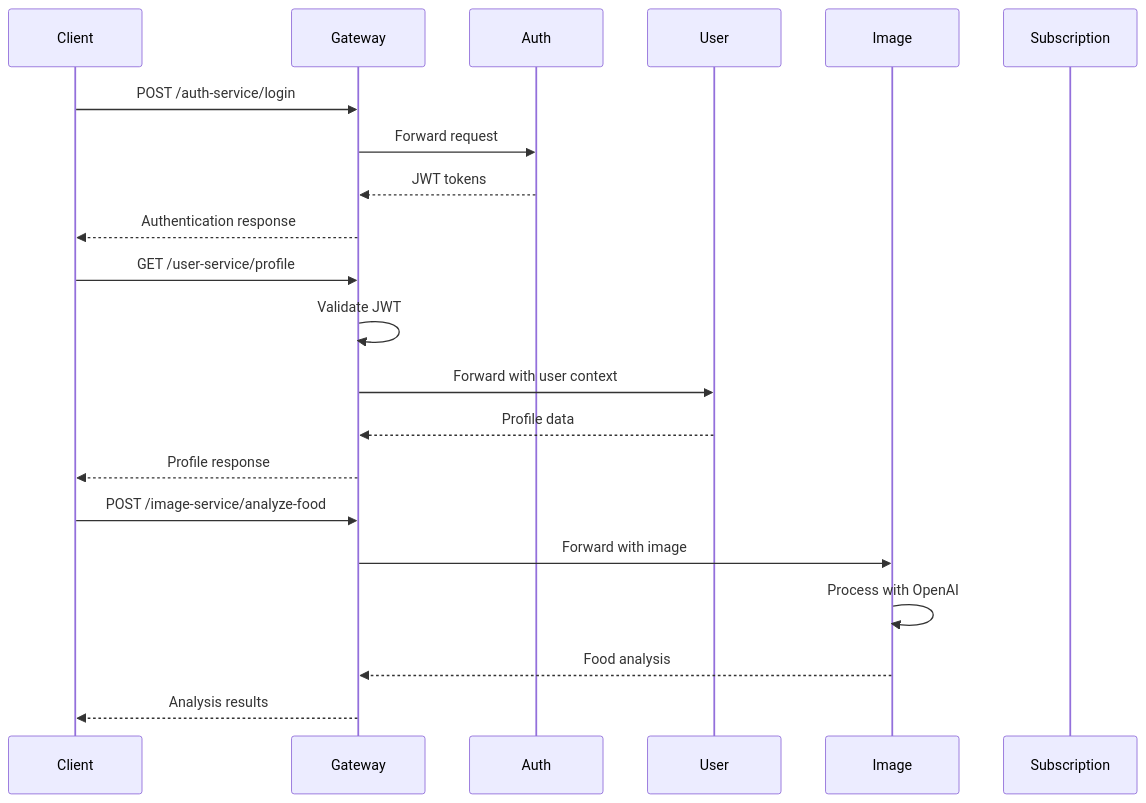
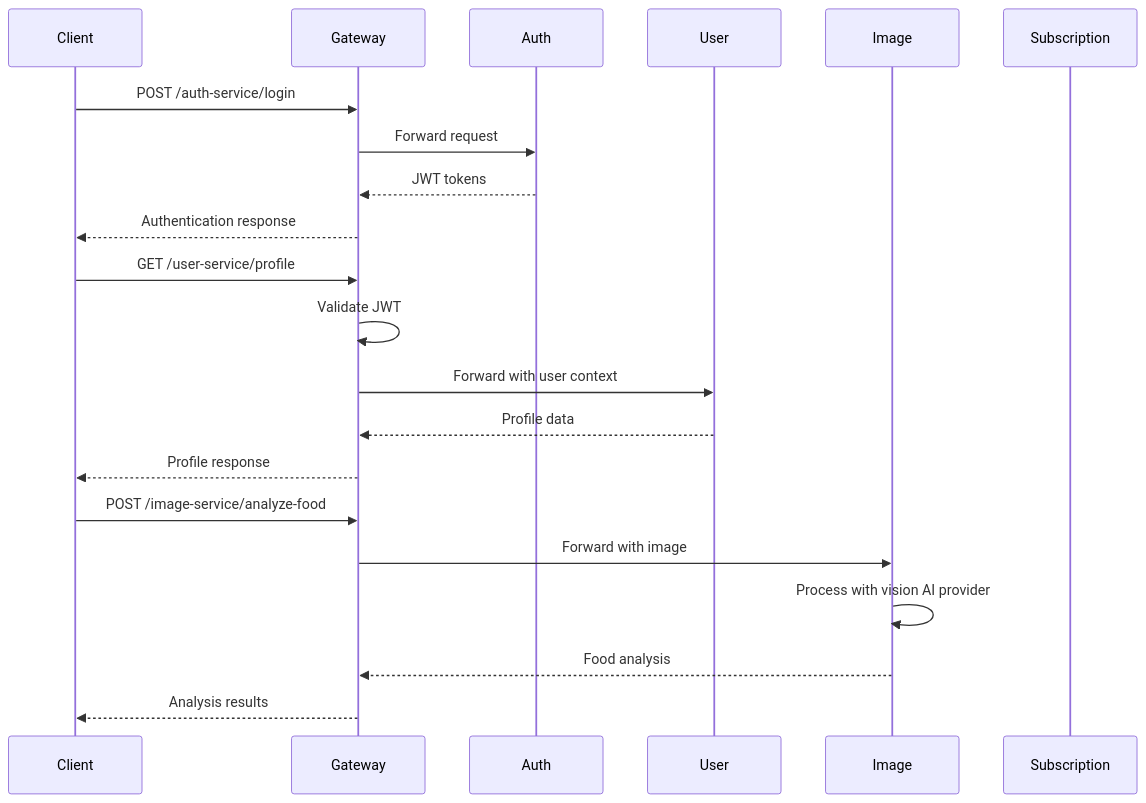
One commit to Oladapo01/nourishgenie-docs changed the second of 4 diagrams in README.md. Above: the diagram before and after it, drawn with Mermaid. The commit also changed other lines of this file, not shown here.

````diff
--- a/README.md
+++ b/README.md
@@ -287,26 +290,26 @@
 ```mermaid
 sequenceDiagram
     participant Client
     participant Gateway
     participant Auth
     participant User
     participant Image
     participant Subscription
     
     Client->>Gateway: POST /auth-service/login
     Gateway->>Auth: Forward request
     Auth-->>Gateway: JWT tokens
     Gateway-->>Client: Authentication response
     
     Client->>Gateway: GET /user-service/profile
     Gateway->>Gateway: Validate JWT
     Gateway->>User: Forward with user context
     User-->>Gateway: Profile data
     Gateway-->>Client: Profile response
     
     Client->>Gateway: POST /image-service/analyze-food
     Gateway->>Image: Forward with image
-    Image->>Image: Process with OpenAI
+    Image->>Image: Process with vision AI provider
     Image-->>Gateway: Food analysis
     Gateway-->>Client: Analysis results
 ```
````
